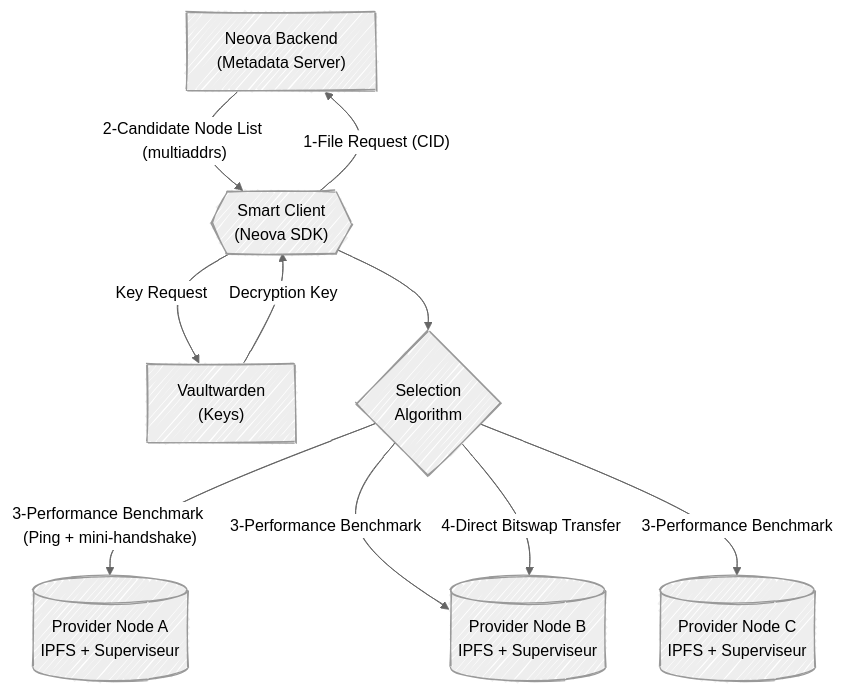
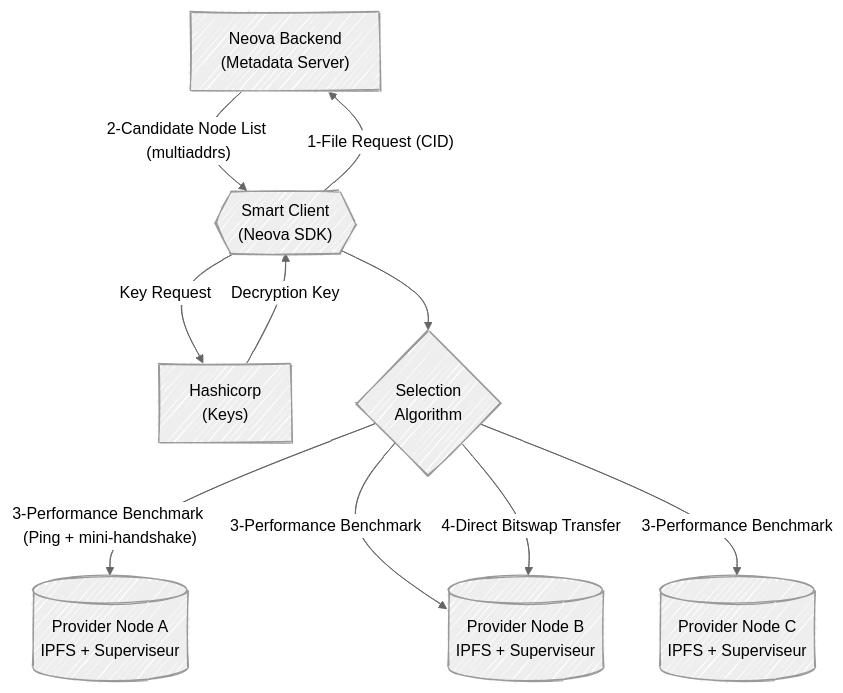
One commit to LightInn/IPCD changed the diagram in assets/schema/code/s1.mmd. Above: the diagram before and after it, drawn with Mermaid. The commit also changed 5 other files, not shown here.

```diff
--- a/assets/schema/code/s1.mmd
+++ b/assets/schema/code/s1.mmd
@@ -1,22 +1,22 @@
 ---
 config:
   theme: neutral
   look: handDrawn
 ---
 flowchart TB
     Backend["Neova Backend<br/>(Metadata Server)"]
-    Vault["Vaultwarden<br/>(Keys)"]
+    Vault["Hashicorp<br/>(Keys)"]
     Client{{"Smart Client<br/>(Neova SDK)"}}
     Selector{"Selection<br/>Algorithm"}
     P1[("Provider Node A<br/>IPFS + Superviseur")]
     P2[("Provider Node B<br/>IPFS + Superviseur")]
     P3[("Provider Node C<br/>IPFS + Superviseur")]
     Client -->|"1-File Request (CID)"| Backend
     Backend -->|"2-Candidate Node List (multiaddrs)"| Client
     Client -->|"Key Request"| Vault
     Vault -->|"Decryption Key"| Client
     Client --> Selector
     Selector -->|"3-Performance Benchmark (Ping + mini-handshake)"| P1
     Selector -->|"3-Performance Benchmark"| P2
     Selector -->|"3-Performance Benchmark"| P3
     Selector -->|"4-Direct Bitswap Transfer"| P2
```
